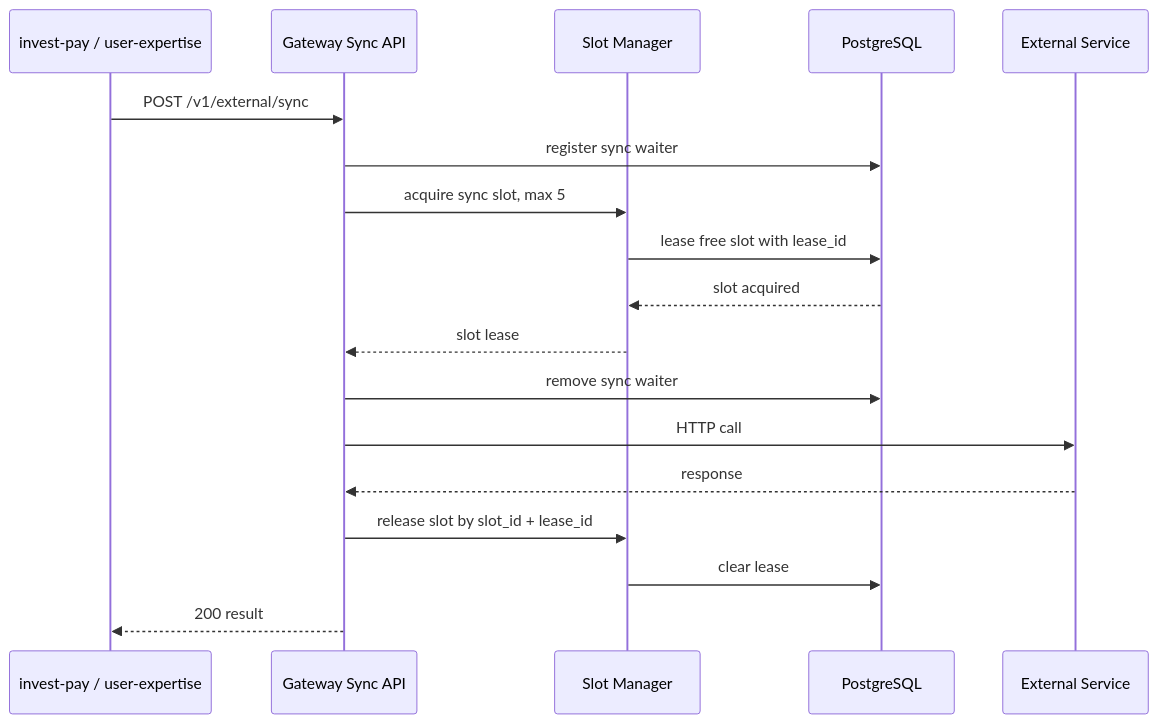
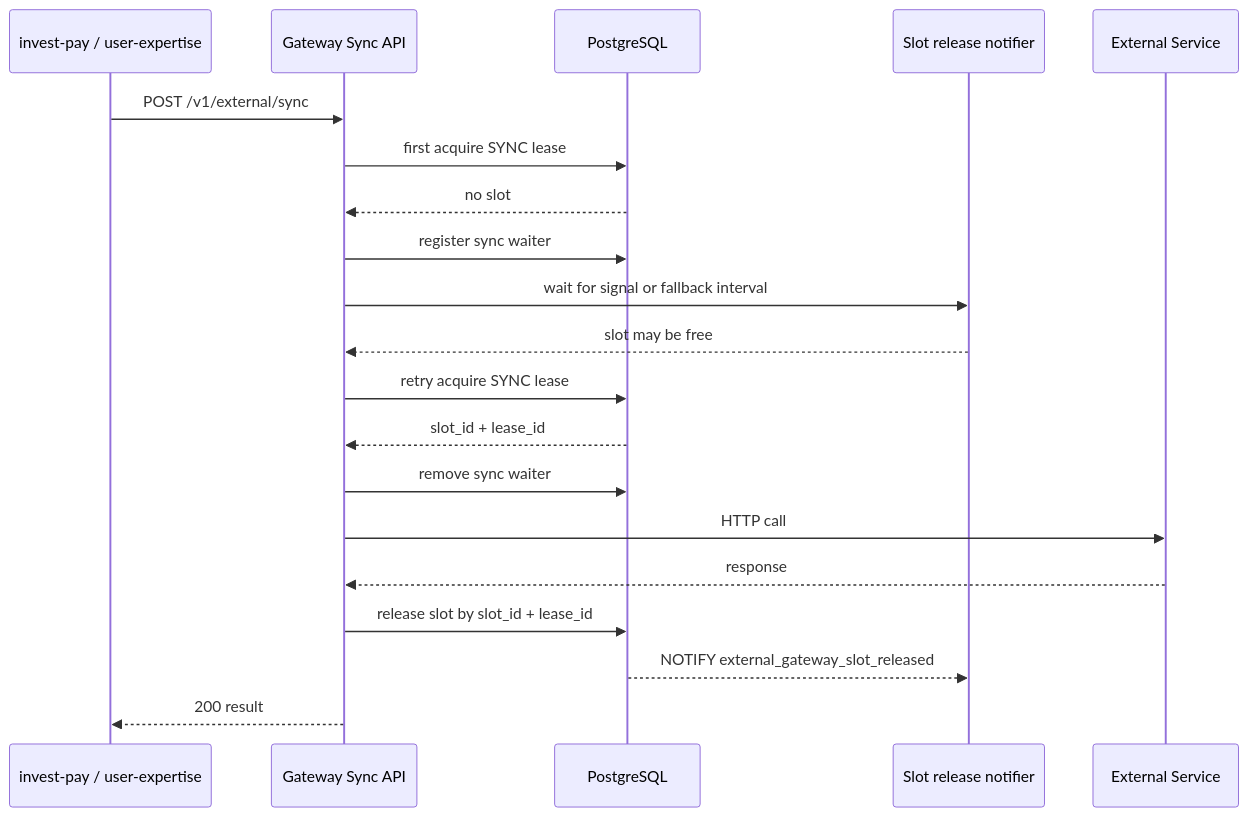
One commit to DenisVanin4402/TestQwenCli changed the fifth of 8 diagrams in docs/external-service-gateway/c4-architecture.md. Above: the diagram before and after it, drawn with Mermaid. The commit also changed other lines of this file and 26 other files, not shown here.

Commit message:
sync\async api (first init) - 2

````diff
--- a/docs/external-service-gateway/c4-architecture.md
+++ b/docs/external-service-gateway/c4-architecture.md
@@ -117,21 +138,23 @@
 ```mermaid
 sequenceDiagram
     participant Client as invest-pay / user-expertise
     participant API as Gateway Sync API
-    participant Slots as Slot Manager
     participant DB as PostgreSQL
+    participant Notifier as Slot release notifier
     participant Upstream as External Service
 
     Client->>API: POST /v1/external/sync
+    API->>DB: first acquire SYNC lease
+    DB-->>API: no slot
     API->>DB: register sync waiter
-    API->>Slots: acquire sync slot, max 5
-    Slots->>DB: lease free slot with lease_id
-    DB-->>Slots: slot acquired
-    Slots-->>API: slot lease
+    API->>Notifier: wait for signal or fallback interval
+    Notifier-->>API: slot may be free
+    API->>DB: retry acquire SYNC lease
+    DB-->>API: slot_id + lease_id
     API->>DB: remove sync waiter
     API->>Upstream: HTTP call
     Upstream-->>API: response
-    API->>Slots: release slot by slot_id + lease_id
-    Slots->>DB: clear lease
+    API->>DB: release slot by slot_id + lease_id
+    DB-->>Notifier: NOTIFY external_gateway_slot_released
     API-->>Client: 200 result
 ```
````
